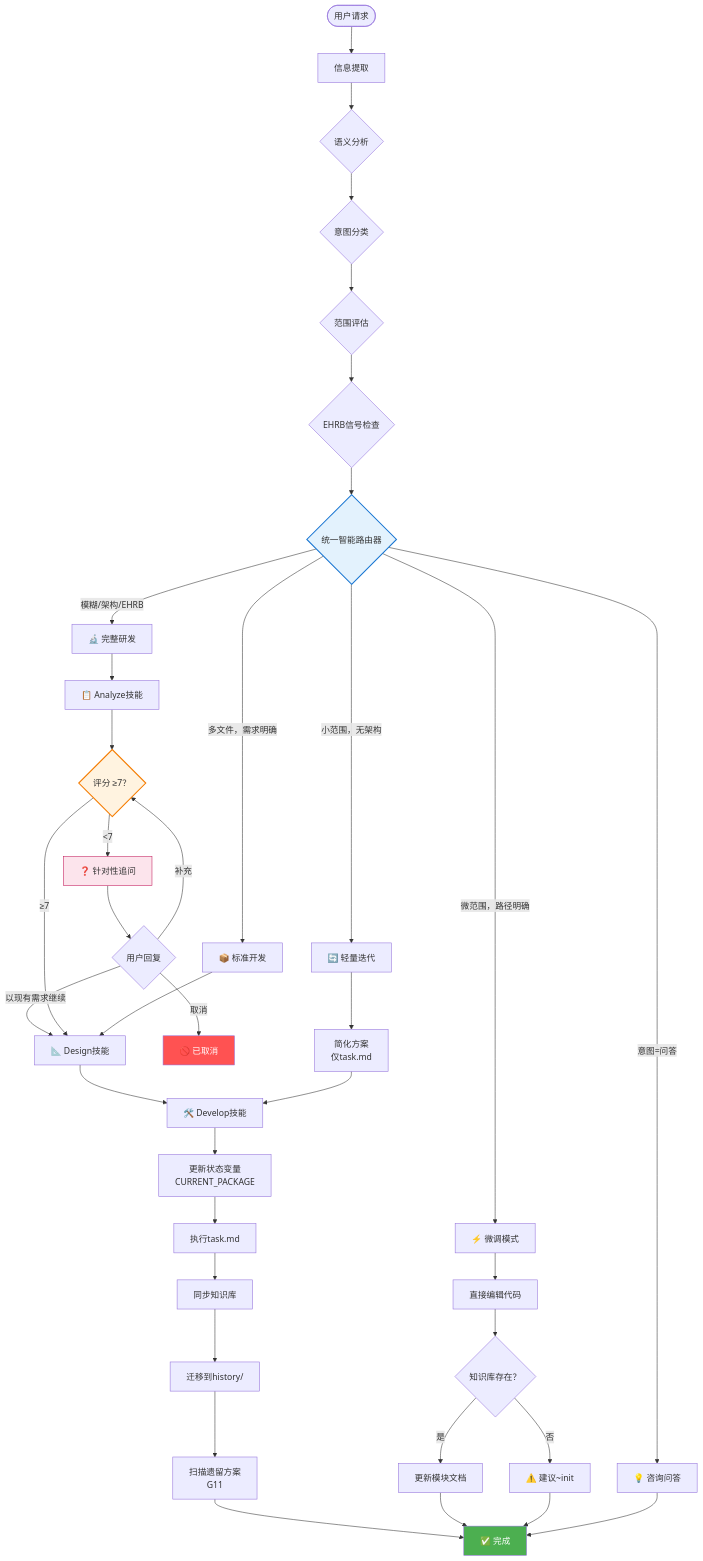
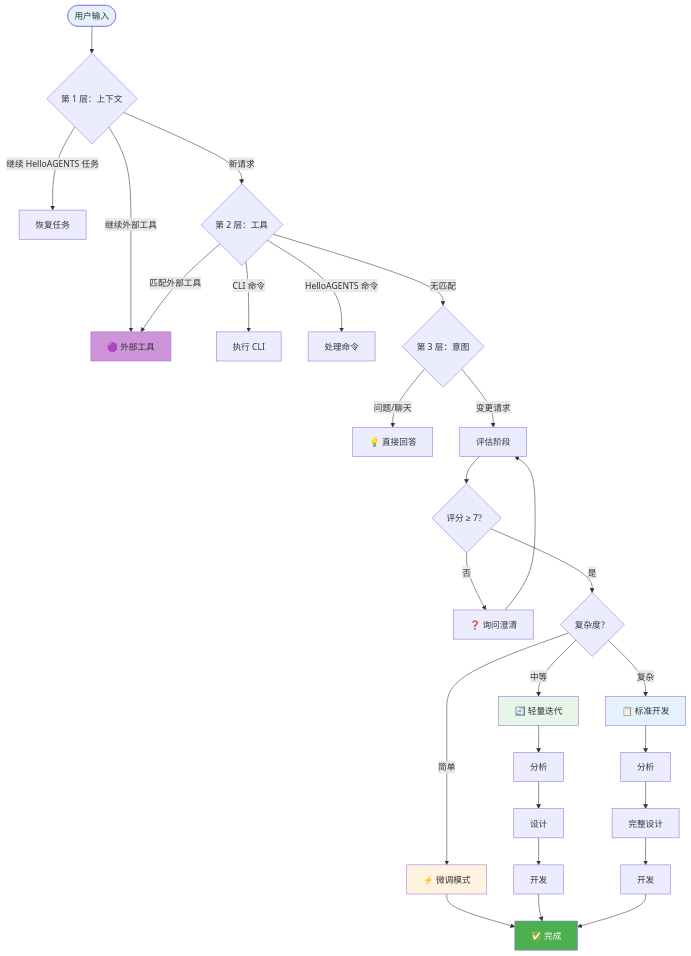
The diagram in README_CN.md (hellowind777/helloagents), drawn with Mermaid before and after one commit. The commit also changed other lines of this file and 118 other files, not shown here.

````diff
--- a/README_CN.md
+++ b/README_CN.md
@@ -220,55 +225,36 @@
 ```mermaid
 flowchart TD
-    Start([用户请求]) --> Extract[信息提取]
+    Start([用户输入]) --> L1{第 1 层：上下文}
 
-    Extract --> Semantic{语义分析}
-    Semantic --> Intent{意图分类}
-    Intent --> Scope{范围评估}
-    Scope --> EHRB{EHRB信号检查}
+    L1 -->|"继续外部工具"| ExtTool[🟣 外部工具]
+    L1 -->|"继续 HelloAGENTS 任务"| Resume[恢复任务]
+    L1 -->|"新请求"| L2{第 2 层：工具}
 
-    EHRB --> Router{统一智能路由器}
+    L2 -->|"CLI 命令"| CLI[执行 CLI]
+    L2 -->|"HelloAGENTS 命令"| Cmd[处理命令]
+    L2 -->|"匹配外部工具"| ExtTool
+    L2 -->|"无匹配"| L3{第 3 层：意图}
 
-    Router -->|"意图=问答"| QA[💡 咨询问答]
-    Router -->|"微范围，路径明确"| QuickFix[⚡ 微调模式]
-    Router -->|"小范围，无架构"| LightIter[🔄 轻量迭代]
-    Router -->|"多文件，需求明确"| StdDev[📦 标准开发]
-    Router -->|"模糊/架构/EHRB"| FullRD[🔬 完整研发]
+    L3 -->|"问题/聊天"| Direct[💡 直接回答]
+    L3 -->|"变更请求"| Eval[评估阶段]
 
-    FullRD --> Analyze[📋 Analyze技能]
-    Analyze --> Scoring{评分 ≥7？}
+    Eval --> Score{评分 ≥ 7？}
+    Score -->|"否"| Ask[❓ 询问澄清]
+    Ask --> Eval
+    Score -->|"是"| Complex{复杂度？}
 
-    Scoring -->|"<7"| FollowUp[❓ 针对性追问]
-    FollowUp --> UserResp{用户回复}
-    UserResp -->|"补充"| Scoring
-    UserResp -->|"以现有需求继续"| Design
-    UserResp -->|"取消"| Cancelled[🚫 已取消]
+    Complex -->|"简单"| Tweak[⚡ 微调模式]
+    Complex -->|"中等"| Light[🔄 轻量迭代]
+    Complex -->|"复杂"| Standard[📋 标准开发]
 
-    Scoring -->|"≥7"| Design[📐 Design技能]
-    Design --> Develop[🛠️ Develop技能]
+    Tweak --> Done[✅ 完成]
+    Light --> Analyze[分析] --> DesignL[设计] --> DevL[开发] --> Done
+    Standard --> AnalyzeS[分析] --> DesignS[完整设计] --> DevS[开发] --> Done
 
-    StdDev --> Design
-    LightIter --> SimplePlan[简化方案<br/>仅task.md]
-    SimplePlan --> Develop
-
-    QuickFix --> DirectEdit[直接编辑代码]
-    DirectEdit --> KBCheck{知识库存在？}
-    KBCheck -->|是| UpdateKB[更新模块文档]
-    KBCheck -->|否| WarnInit[⚠️ 建议~init]
-
-    Develop --> StateUpdate[更新状态变量<br/>CURRENT_PACKAGE]
-    StateUpdate --> Execute[执行task.md]
-    Execute --> SyncKB[同步知识库]
-    SyncKB --> Migrate[迁移到history/]
-    Migrate --> ScanLegacy[扫描遗留方案<br/>G11]
-
-    ScanLegacy --> Done[✅ 完成]
-    UpdateKB --> Done
-    WarnInit --> Done
-    QA --> Done
-
-    style Router fill:#e3f2fd,stroke:#1976d2,stroke-width:2px
-    style Scoring fill:#fff3e0,stroke:#f57c00,stroke-width:2px
-    style FollowUp fill:#fce4ec,stroke:#c2185b
+    style Start fill:#e3f2fd
+    style ExtTool fill:#ce93d8
     style Done fill:#4caf50,color:#fff
-    style Cancelled fill:#ff5252,color:#fff
+    style Tweak fill:#fff3e0
+    style Light fill:#e8f5e9
+    style Standard fill:#e3f2fd
 ```
````
